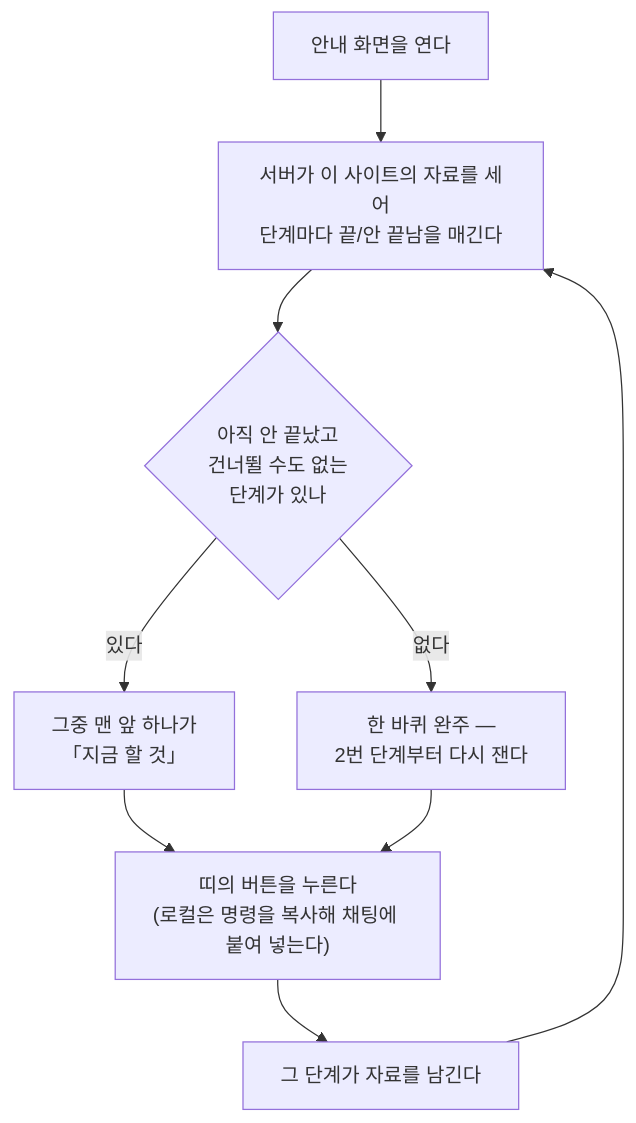
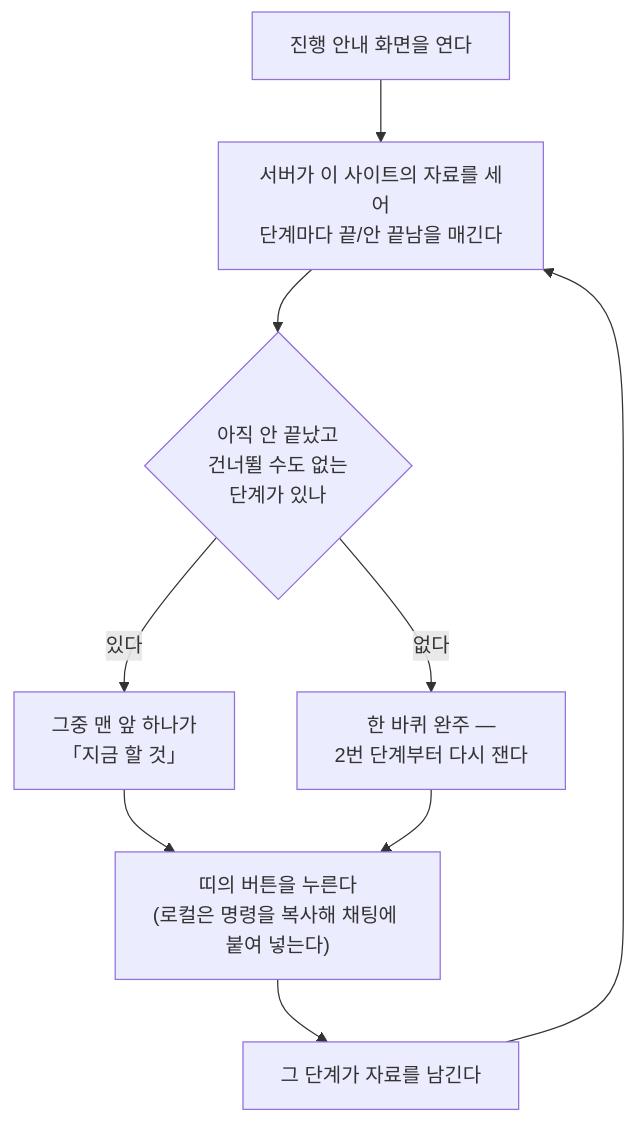
Before and after one commit to seanjr2847/seo-miner: the diagram in docs/screens/guide.md, drawn with Mermaid. The commit also changed other lines of this file and 49 other files, not shown here.

````diff
--- a/docs/screens/guide.md
+++ b/docs/screens/guide.md
@@ -106,11 +106,11 @@
 ```mermaid
 flowchart TD
-  A["안내 화면을 연다"] --> B["서버가 이 사이트의 자료를 세어<br/>단계마다 끝/안 끝남을 매긴다"]
+  A["진행 안내 화면을 연다"] --> B["서버가 이 사이트의 자료를 세어<br/>단계마다 끝/안 끝남을 매긴다"]
   B --> C{"아직 안 끝났고<br/>건너뛸 수도 없는<br/>단계가 있나"}
   C -->|"있다"| D["그중 맨 앞 하나가<br/>「지금 할 것」"]
   C -->|"없다"| E["한 바퀴 완주 —<br/>2번 단계부터 다시 잰다"]
   D --> F["띠의 버튼을 누른다<br/>(로컬은 명령을 복사해 채팅에 붙여 넣는다)"]
   E --> F
   F --> G["그 단계가 자료를 남긴다"]
   G --> B
 ```
````
